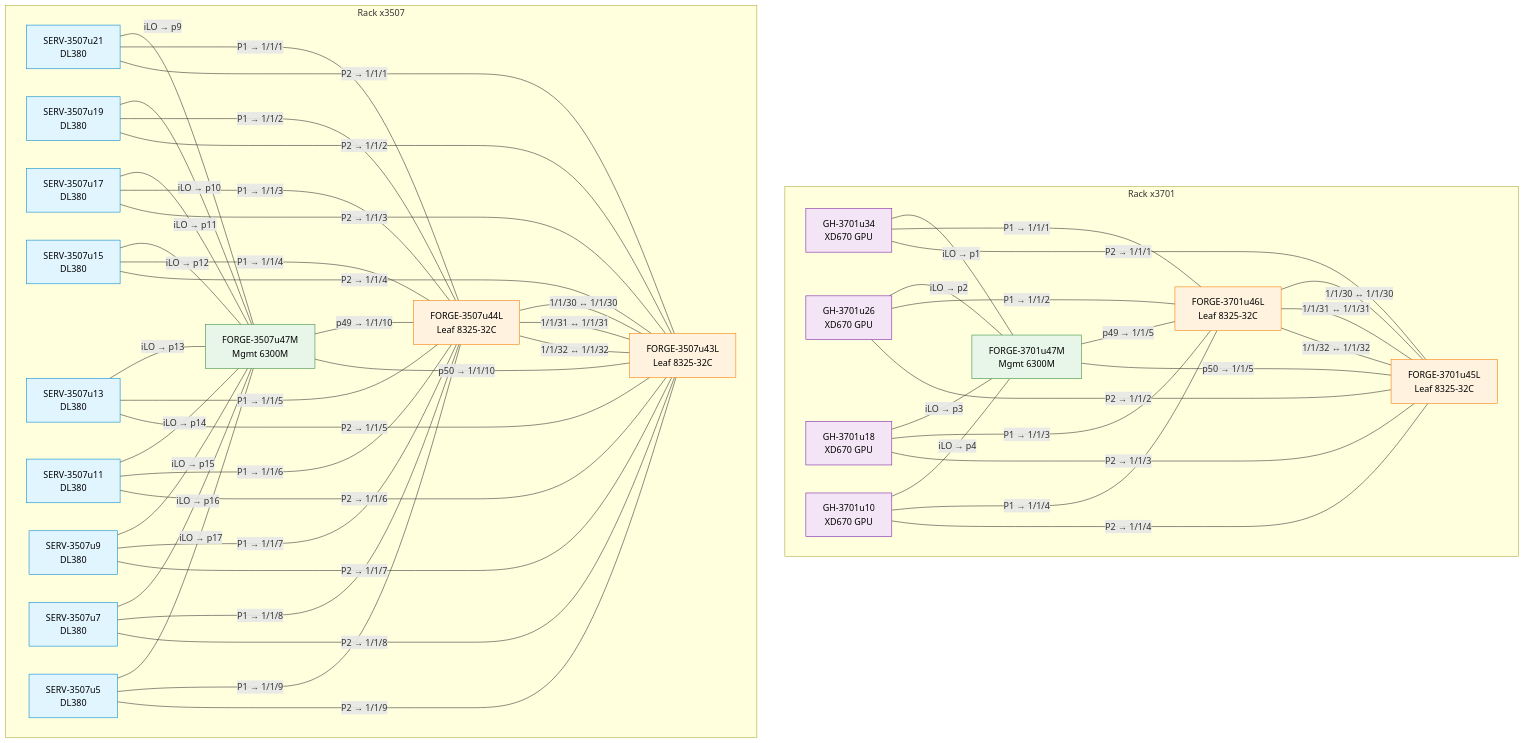
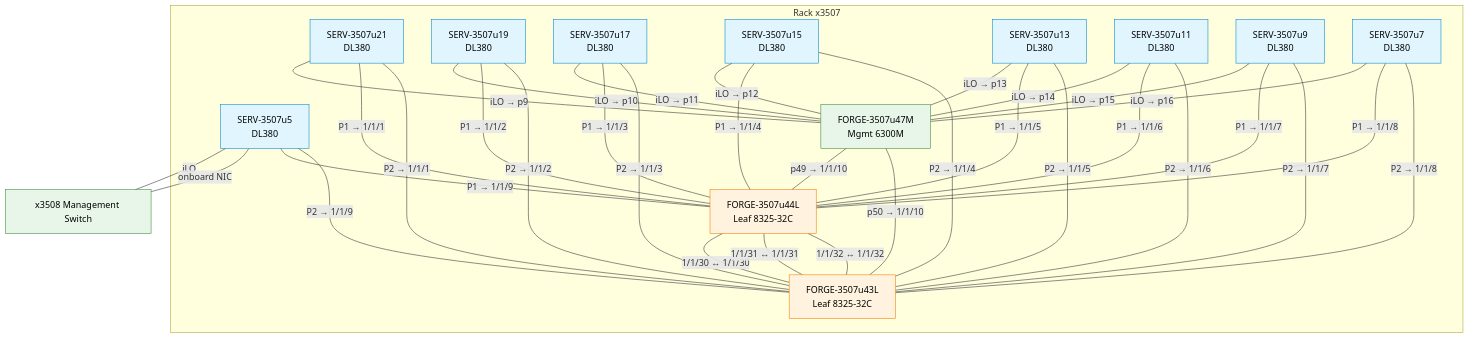
Before and after one commit to Cray-HPE/cani: the second of 3 diagrams in gnv2.md, drawn with Mermaid. The commit also changed other lines of this file and 6 other files, not shown here.

````diff
--- a/gnv2.md
+++ b/gnv2.md
@@ -5,19 +74,8 @@
 ```mermaid
 graph TB
-    classDef gpu fill:#f3e5f5,stroke:#7b1fa2,color:#000
     classDef server fill:#e1f5fe,stroke:#0288d1,color:#000
     classDef mgmt fill:#e8f5e9,stroke:#388e3c,color:#000
     classDef leaf fill:#fff3e0,stroke:#f57c00,color:#000
-
-    subgraph x3701["Rack x3701"]
-        GH34["GH-3701u34<br/>XD670 GPU"]:::gpu
-        GH26["GH-3701u26<br/>XD670 GPU"]:::gpu
-        GH18["GH-3701u18<br/>XD670 GPU"]:::gpu
-        GH10["GH-3701u10<br/>XD670 GPU"]:::gpu
-        FORGE3701u47M["FORGE-3701u47M<br/>Mgmt 6300M"]:::mgmt
-        FORGE3701u46L["FORGE-3701u46L<br/>Leaf 8325-32C"]:::leaf
-        FORGE3701u45L["FORGE-3701u45L<br/>Leaf 8325-32C"]:::leaf
-    end
 
     subgraph x3507["Rack x3507"]
         SERV21["SERV-3507u21<br/>DL380"]:::server
@@ -34,12 +92,9 @@
         FORGE3507u43L["FORGE-3507u43L<br/>Leaf 8325-32C"]:::leaf
     end
 
+    MGMT3508["x3508 Management Switch"]:::mgmt
+
     %% ── LAYER 1: Management iLO (1GbE, CAT6) ──
-
-    GH34 -- "iLO → p1" --- FORGE3701u47M
-    GH26 -- "iLO → p2" --- FORGE3701u47M
-    GH18 -- "iLO → p3" --- FORGE3701u47M
-    GH10 -- "iLO → p4" --- FORGE3701u47M
 
     SERV21 -- "iLO → p9" --- FORGE3507u47M
     SERV19 -- "iLO → p10" --- FORGE3507u47M
@@ -49,12 +104,11 @@
     SERV11 -- "iLO → p14" --- FORGE3507u47M
     SERV9 -- "iLO → p15" --- FORGE3507u47M
     SERV7 -- "iLO → p16" --- FORGE3507u47M
-    SERV5 -- "iLO → p17" --- FORGE3507u47M
+    SERV5 -- "iLO" --- MGMT3508
+    SERV5 -- "onboard NIC" --- MGMT3508
 
     %% ── LAYER 1b: Mgmt switch SFP28 uplinks → leaf pairs (10G DAC) ──
 
-    FORGE3701u47M -- "p49 → 1/1/5" --- FORGE3701u46L
-    FORGE3701u47M -- "p50 → 1/1/5" --- FORGE3701u45L
     FORGE3507u47M -- "p49 → 1/1/10" --- FORGE3507u44L
     FORGE3507u47M -- "p50 → 1/1/10" --- FORGE3507u43L
 
@@ -83,20 +137,4 @@
     FORGE3507u44L -- "1/1/30 ↔ 1/1/30" --- FORGE3507u43L
     FORGE3507u44L -- "1/1/31 ↔ 1/1/31" --- FORGE3507u43L
     FORGE3507u44L -- "1/1/32 ↔ 1/1/32" --- FORGE3507u43L
-
-    %% ── LAYER 1c: 100GbE Leaf — XD670 CX6 dual-homed ──
-
-    GH34 -- "P1 → 1/1/1" --- FORGE3701u46L
-    GH34 -- "P2 → 1/1/1" --- FORGE3701u45L
-    GH26 -- "P1 → 1/1/2" --- FORGE3701u46L
-    GH26 -- "P2 → 1/1/2" --- FORGE3701u45L
-    GH18 -- "P1 → 1/1/3" --- FORGE3701u46L
-    GH18 -- "P2 → 1/1/3" --- FORGE3701u45L
-    GH10 -- "P1 → 1/1/4" --- FORGE3701u46L
-    GH10 -- "P2 → 1/1/4" --- FORGE3701u45L
-
-    %% ── x3701 ISL: u46L ↔ u45L (VSX) ──
-    FORGE3701u46L -- "1/1/30 ↔ 1/1/30" --- FORGE3701u45L
-    FORGE3701u46L -- "1/1/31 ↔ 1/1/31" --- FORGE3701u45L
-    FORGE3701u46L -- "1/1/32 ↔ 1/1/32" --- FORGE3701u45L
 ```
````
